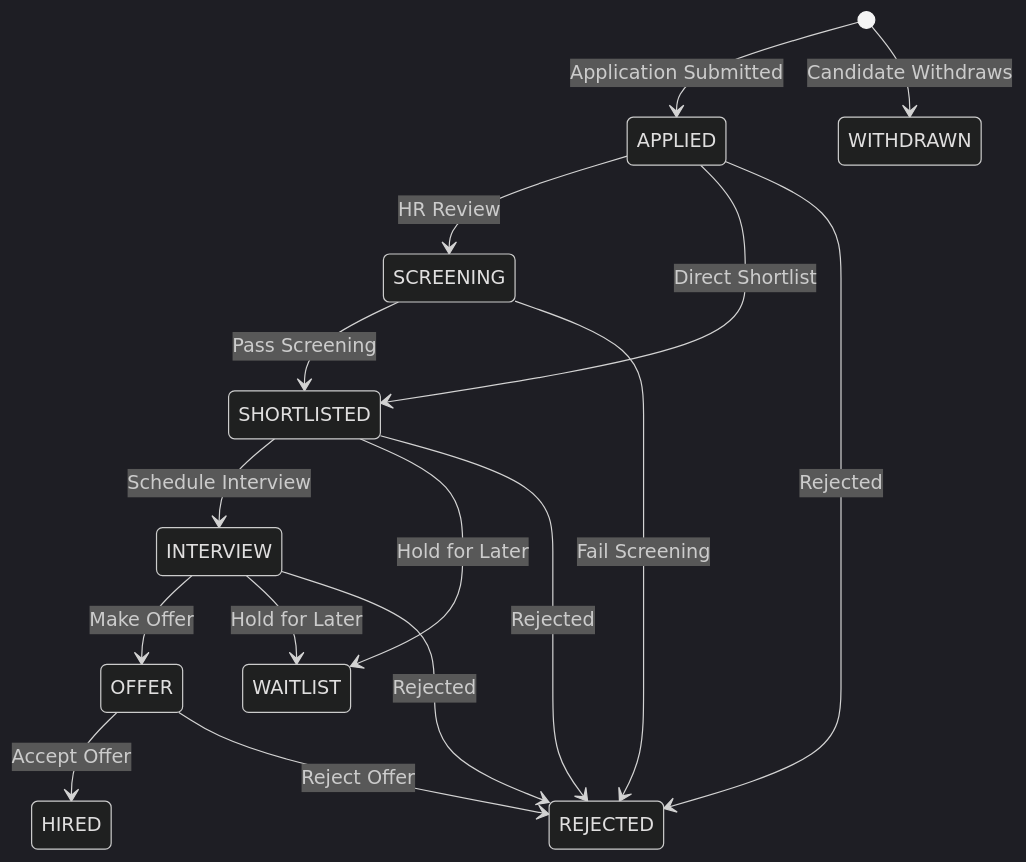
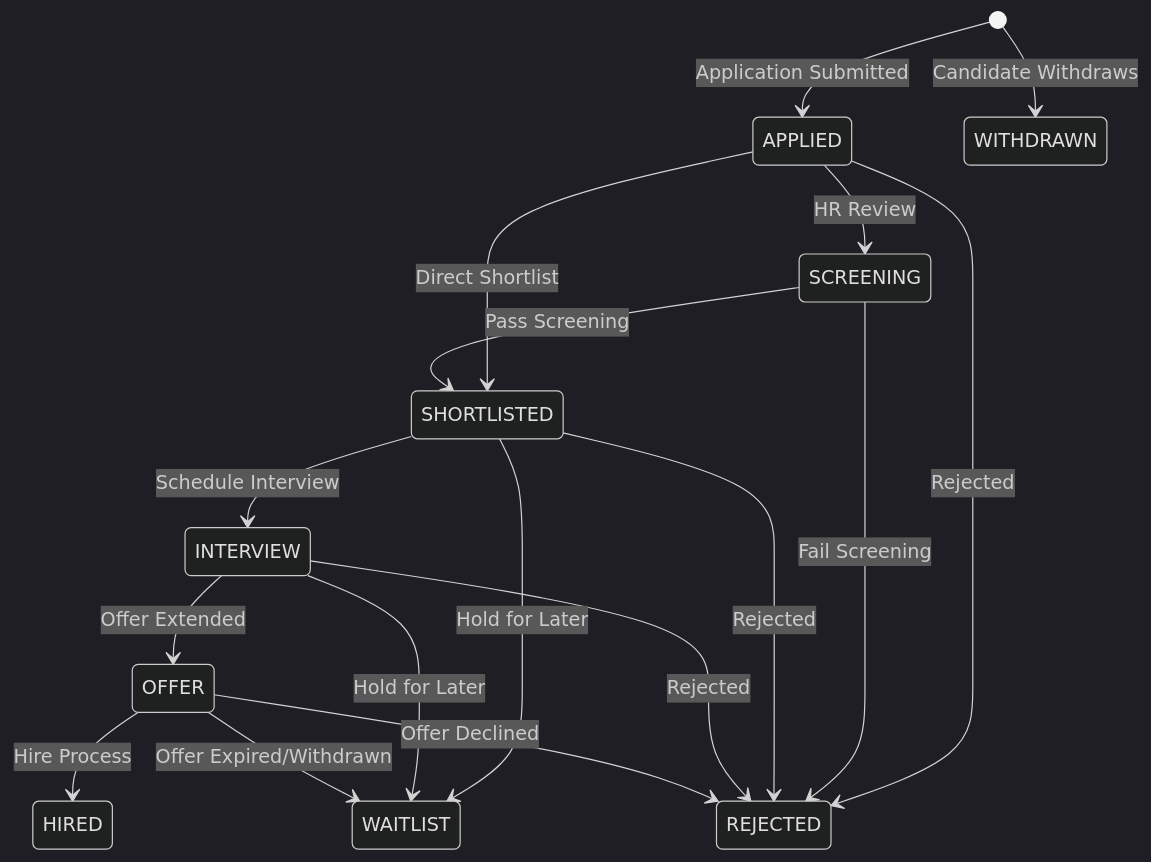
Diagram 11 of 13 in docs/RECRUITMENT_FLOW_JOB_POSTING_TO_INTERVIEW.md (blih-tech/BLIH-Business-Lifecycle-Integrated-Hub-sys), drawn with Mermaid (dark theme) before and after one commit. The commit also changed other lines of this file and 1 other file, not shown here.

````diff
--- a/docs/RECRUITMENT_FLOW_JOB_POSTING_TO_INTERVIEW.md
+++ b/docs/RECRUITMENT_FLOW_JOB_POSTING_TO_INTERVIEW.md
@@ -1557,18 +2377,19 @@
 ```mermaid
 stateDiagram-v2
     [*] --> APPLIED: Application Submitted
     APPLIED --> SCREENING: HR Review
     APPLIED --> SHORTLISTED: Direct Shortlist
     APPLIED --> REJECTED: Rejected
     SCREENING --> SHORTLISTED: Pass Screening
     SCREENING --> REJECTED: Fail Screening
     SHORTLISTED --> INTERVIEW: Schedule Interview
     SHORTLISTED --> WAITLIST: Hold for Later
     SHORTLISTED --> REJECTED: Rejected
-    INTERVIEW --> OFFER: Make Offer
+    INTERVIEW --> OFFER: Offer Extended
     INTERVIEW --> WAITLIST: Hold for Later
     INTERVIEW --> REJECTED: Rejected
-    OFFER --> HIRED: Accept Offer
-    OFFER --> REJECTED: Reject Offer
+    OFFER --> HIRED: Hire Process
+    OFFER --> REJECTED: Offer Declined
+    OFFER --> WAITLIST: Offer Expired/Withdrawn
     [*] --> WITHDRAWN: Candidate Withdraws
 ```
````
